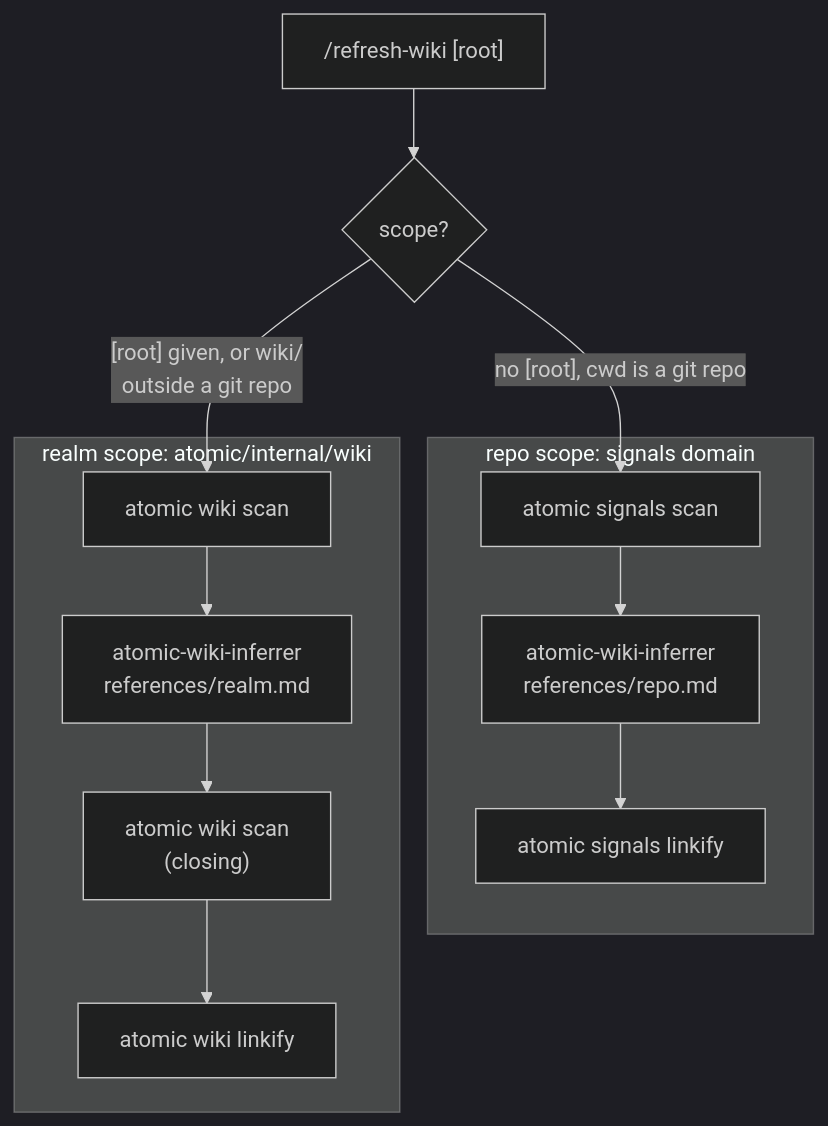
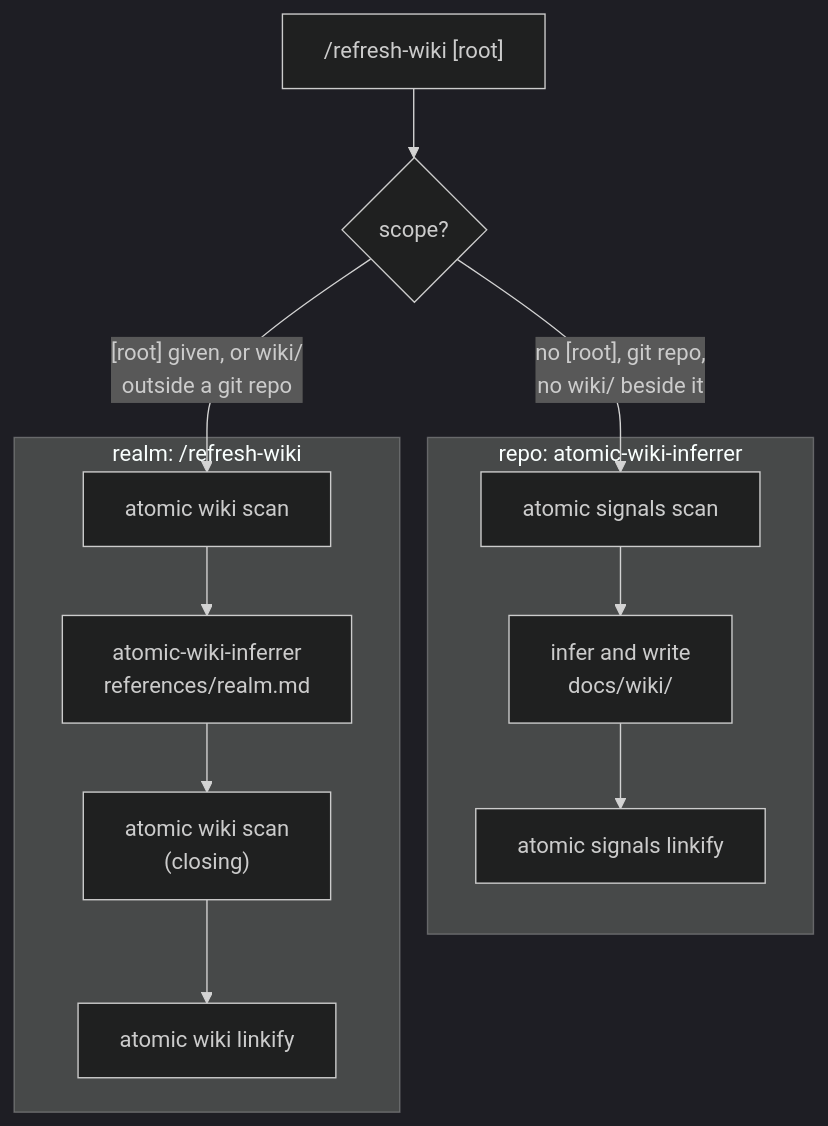
Before and after one commit to damusix/atomic-claude: the first of 10 diagrams in docs/wiki/wiki.md, drawn with Mermaid (dark theme). The commit also changed other lines of this file and 19 other files, not shown here.

First line of the commit message:
fix(signals): keep stale fresh after a wiki refresh

````diff
--- a/docs/wiki/wiki.md
+++ b/docs/wiki/wiki.md
@@ -25,18 +25,18 @@
 ```mermaid
 flowchart TD
     %% source: context/commands/refresh-wiki.md, context/skills/atomic-wiki/references/repo.md, context/skills/atomic-wiki/references/realm.md
     RW["/refresh-wiki [root]"] --> D{"scope?"}
-    D -->|"no [root], cwd is a git repo"| A1
+    D -->|"no [root], git repo,<br/>no wiki/ beside it"| A1
     D -->|"[root] given, or wiki/<br/>outside a git repo"| B1
 
-    subgraph P1["repo scope: signals domain"]
-        A1["atomic signals scan"] --> A3["atomic-wiki-inferrer<br/>references/repo.md"]
+    subgraph P1["repo: atomic-wiki-inferrer"]
+        A1["atomic signals scan"] --> A3["infer and write<br/>docs/wiki/"]
         A3 --> A5["atomic signals linkify"]
     end
 
-    subgraph P2["realm scope: atomic/internal/wiki"]
+    subgraph P2["realm: /refresh-wiki"]
         B1["atomic wiki scan"] --> B2["atomic-wiki-inferrer<br/>references/realm.md"]
         B2 --> B3["atomic wiki scan<br/>(closing)"]
         B3 --> B4["atomic wiki linkify"]
     end
 ```
````
